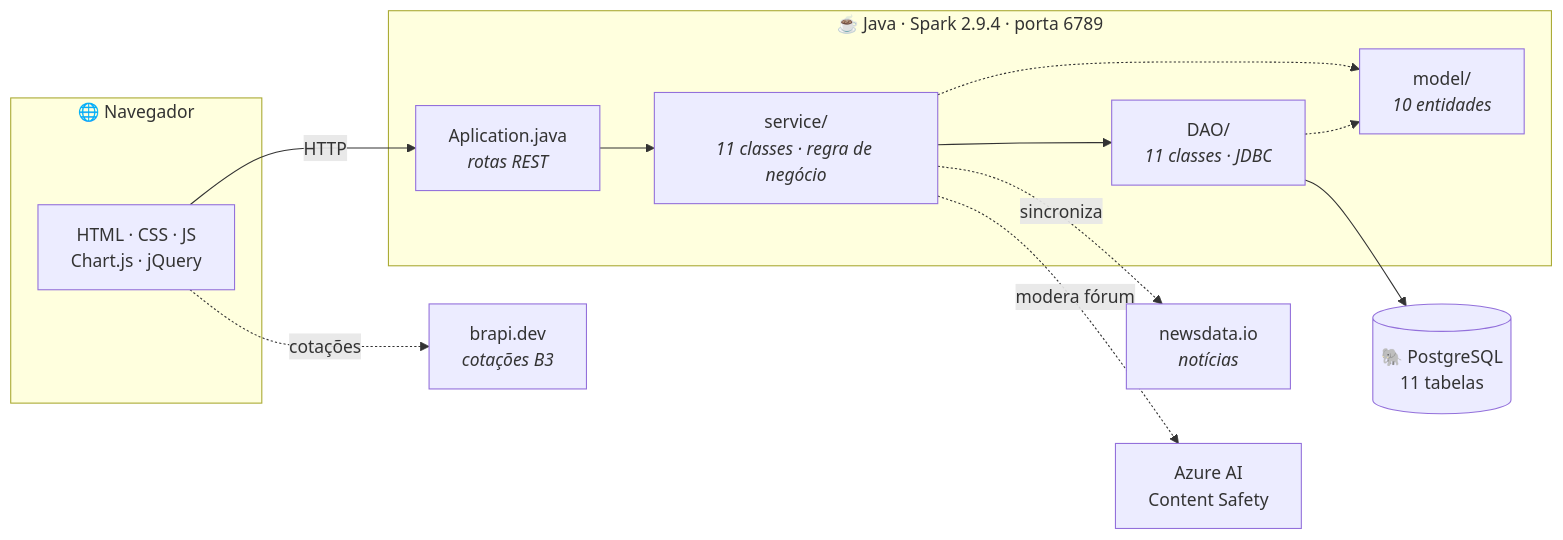
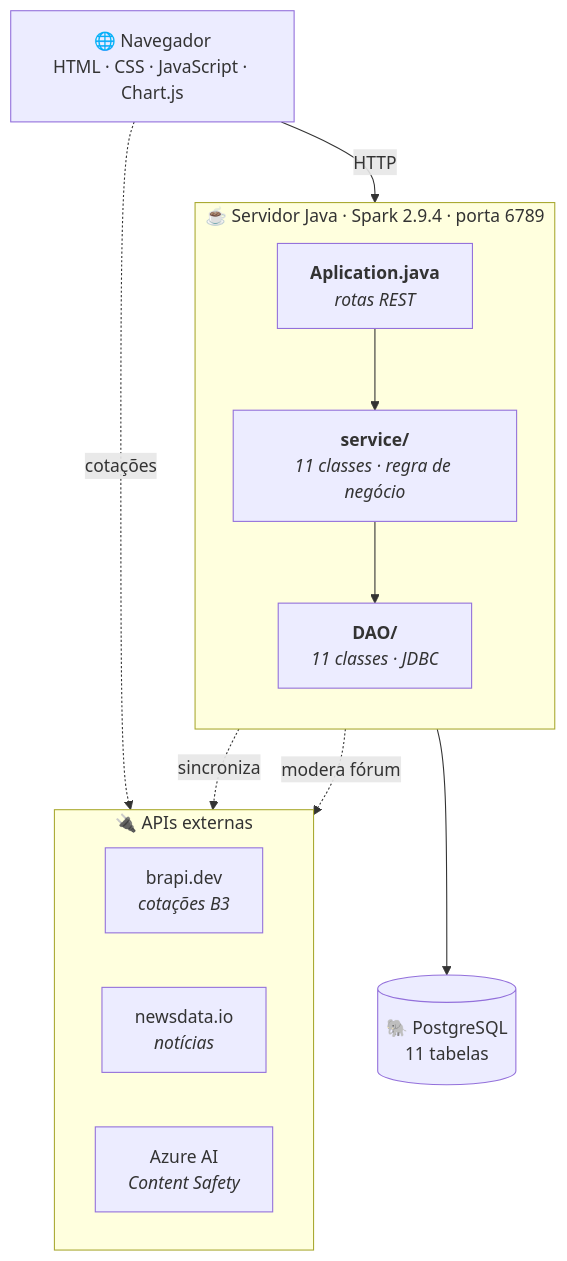
One commit to Nt-0411/nexusinvest-ti2-pucminas changed the first of 2 diagrams in README.md. Above: the diagram before and after it, drawn with Mermaid.

Commit message:
README: reorganiza o diagrama de arquitetura para leitura vertical

````diff
--- a/README.md
+++ b/README.md
@@ -66,25 +66,27 @@
 ```mermaid
-flowchart LR
-    subgraph Cliente["🌐 Navegador"]
-        UI["HTML · CSS · JS<br/>Chart.js · jQuery"]
-    end
+flowchart TD
+    UI["🌐 Navegador<br/>HTML · CSS · JavaScript · Chart.js"]
 
-    subgraph Servidor["☕ Java · Spark 2.9.4 · porta 6789"]
-        R["Aplication.java<br/><i>rotas REST</i>"]
-        S["service/<br/><i>11 classes · regra de negócio</i>"]
-        D["DAO/<br/><i>11 classes · JDBC</i>"]
-        M["model/<br/><i>10 entidades</i>"]
+    subgraph Servidor["☕ Servidor Java · Spark 2.9.4 · porta 6789"]
+        direction TB
+        R["<b>Aplication.java</b><br/><i>rotas REST</i>"]
+        S["<b>service/</b><br/><i>11 classes · regra de negócio</i>"]
+        D["<b>DAO/</b><br/><i>11 classes · JDBC</i>"]
+        R --> S --> D
     end
 
     DB[("🐘 PostgreSQL<br/>11 tabelas")]
-    BRAPI["brapi.dev<br/><i>cotações B3</i>"]
-    NEWS["newsdata.io<br/><i>notícias</i>"]
-    AZURE["Azure AI<br/>Content Safety"]
 
-    UI -->|HTTP| R --> S --> D --> DB
-    S -.-> M
-    D -.-> M
+    subgraph Externas["🔌 APIs externas"]
+        direction LR
+        BRAPI["brapi.dev<br/><i>cotações B3</i>"]
+        NEWS["newsdata.io<br/><i>notícias</i>"]
+        AZURE["Azure AI<br/><i>Content Safety</i>"]
+    end
+
+    UI -->|HTTP| R
+    D --> DB
     UI -.->|cotações| BRAPI
     S -.->|sincroniza| NEWS
     S -.->|modera fórum| AZURE
 ```
````
